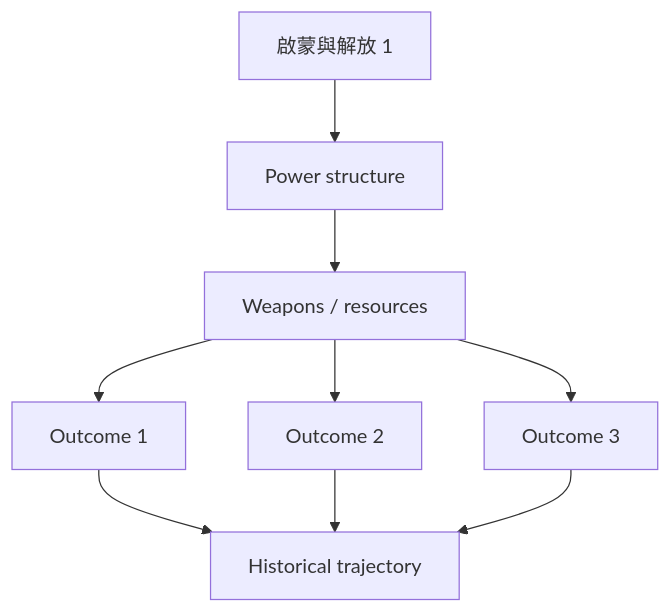
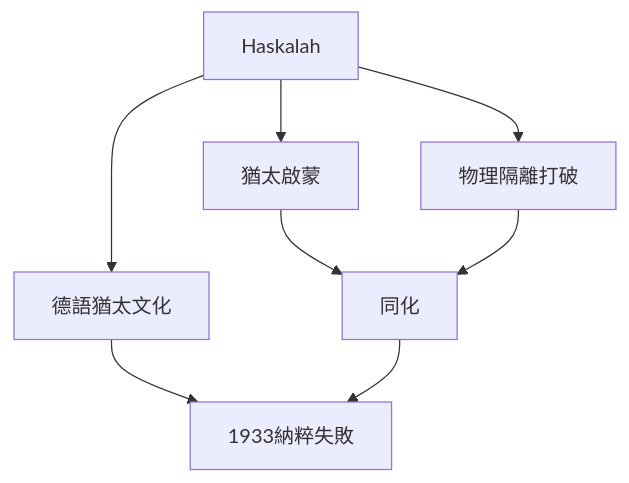
Before and after one commit to yip-lgtm/HKU-Harvard-History-Self-Study: the first of 10 diagrams in 02_Harvard_Courses/Fall_Courses/Hist39_Jews_in_the_Modern_World.md, drawn with Mermaid. The commit also changed other lines of this file and 65 other files, not shown here.

````diff
--- a/02_Harvard_Courses/Fall_Courses/Hist39_Jews_in_the_Modern_World.md
+++ b/02_Harvard_Courses/Fall_Courses/Hist39_Jews_in_the_Modern_World.md
@@ -107,11 +92,10 @@
 ```mermaid
 graph TD
-    A[啟蒙與解放 1] --> B[Power structure]
-    B --> C[Weapons / resources]
-    C --> D[Outcome 1]
-    C --> E[Outcome 2]
-    C --> F[Outcome 3]
-    D --> G[Historical trajectory]
-    E --> G
-    F --> G
+    A[Haskalah] --> B[猶太啟蒙]
+    A --> C[物理隔離打破]
+    A --> D[德語猶太文化]
+    B --> E[同化]
+    C --> E
+    D --> F[1933納粹失敗]
+    E --> F
 ```
````
